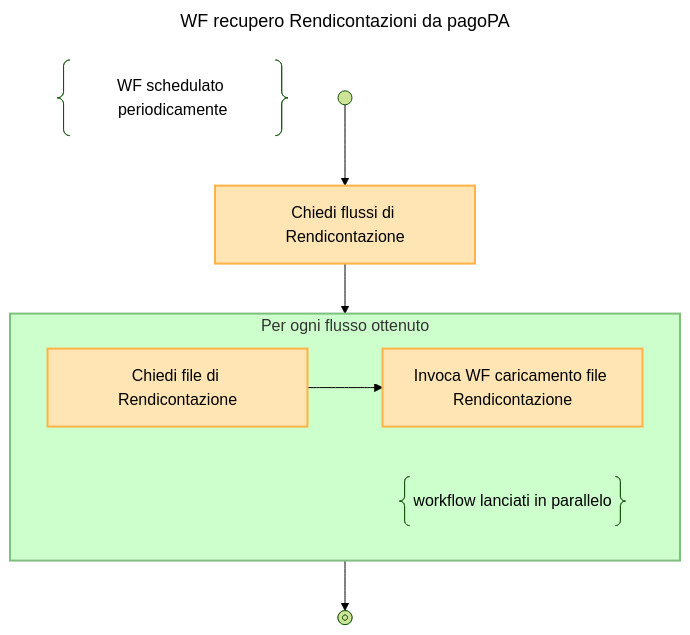
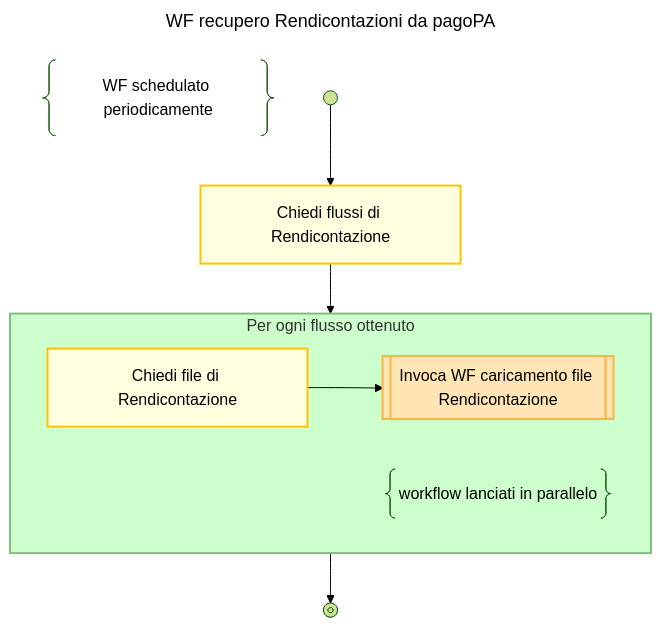
Before and after one commit to pagopa/p4pa-doc: the diagram in design/workflow/riconciliazione/rendicontazione-fetch.mmd, drawn with Mermaid (forest theme). The commit also changed 10 other files, not shown here.

```diff
--- a/design/workflow/riconciliazione/rendicontazione-fetch.mmd
+++ b/design/workflow/riconciliazione/rendicontazione-fetch.mmd
@@ -1,22 +1,22 @@
 ---
 title: WF recupero Rendicontazioni da pagoPA
 ---
 flowchart TD
     DESCRIPTION@{ shape: braces, label: "WF schedulato periodicamente" }
 
     START@{shape: start} --> FETCH_LIST:::activity@{label: "Chiedi flussi di Rendicontazione"}
 
     FETCH_LIST --> LOOP
 
     subgraph LOOP["Per ogni flusso ottenuto"]
-        FETCH_FILE:::activity@{label: "Chiedi file di Rendicontazione"} --> INVOKE_WF:::child-workflow@{label: "Invoca WF caricamento file Rendicontazione"}
+        FETCH_FILE:::activity@{label: "Chiedi file di Rendicontazione"} --> INVOKE_WF:::child-workflow@{shape: subproc, label: "Invoca WF caricamento file Rendicontazione"}
 
         NOTE@{ shape: braces, label: "workflow lanciati in parallelo" }
     end
 
     LOOP --> END@{shape: stop}
     class LOOP loop
 
-    classDef activity fill:#FFE5B4, stroke:#FFB347, stroke-width:2px;
+    classDef activity fill:#FFFFE0, stroke:#ffc300, stroke-width:2px;
     classDef loop fill:#CCFFCC, stroke:#7FBF7F, stroke-width:2px, padding-bottom: 5px;
     classDef child-workflow fill:#FFE5B4, stroke:#FFB347, stroke-width:2px
```
